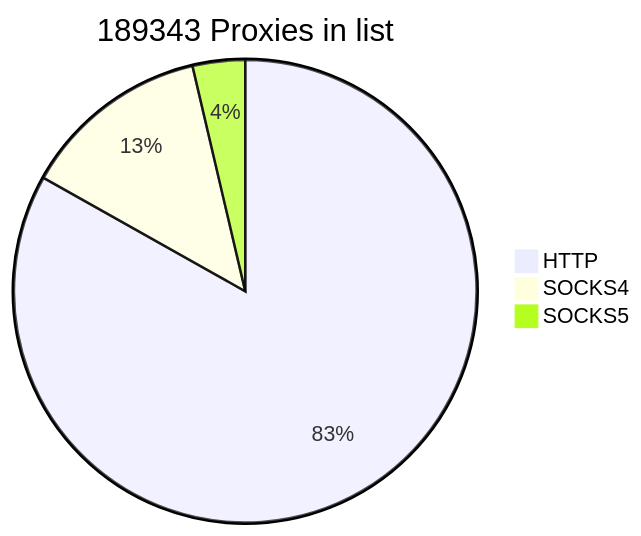
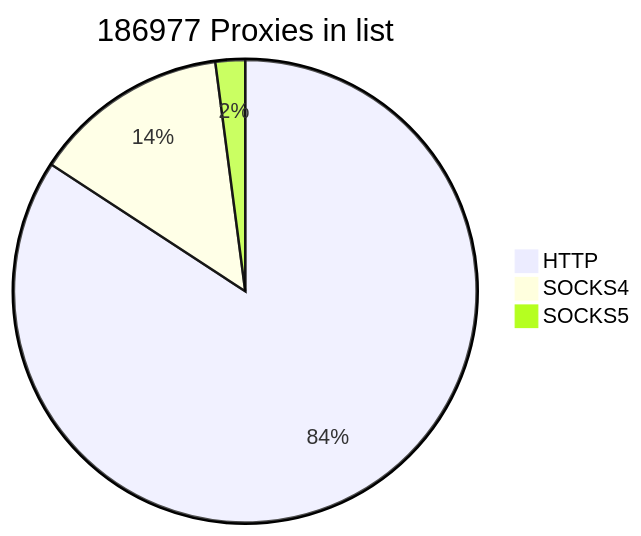
One commit to cutipu/proxylist changed the first of 2 diagrams in README.md. Above: the diagram before and after it, drawn with Mermaid. The commit also changed other lines of this file, not shown here.

````diff
--- a/README.md
+++ b/README.md
@@ -2,7 +2,7 @@
 ```mermaid
-pie title 189343 Proxies in list
-    "HTTP" : 157439
-    "SOCKS4" : 24970
-    "SOCKS5" : 6934
+pie title 186977 Proxies in list
+    "HTTP" : 157462
+    "SOCKS4" : 25643
+    "SOCKS5" : 3872
             
 ```
````
